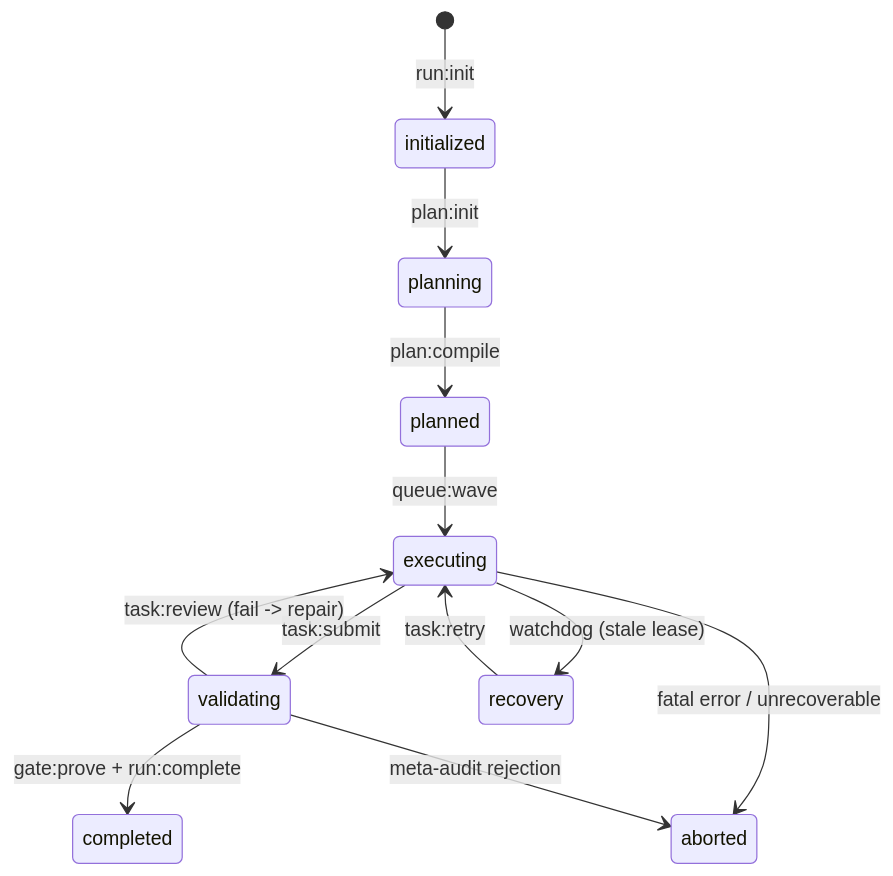
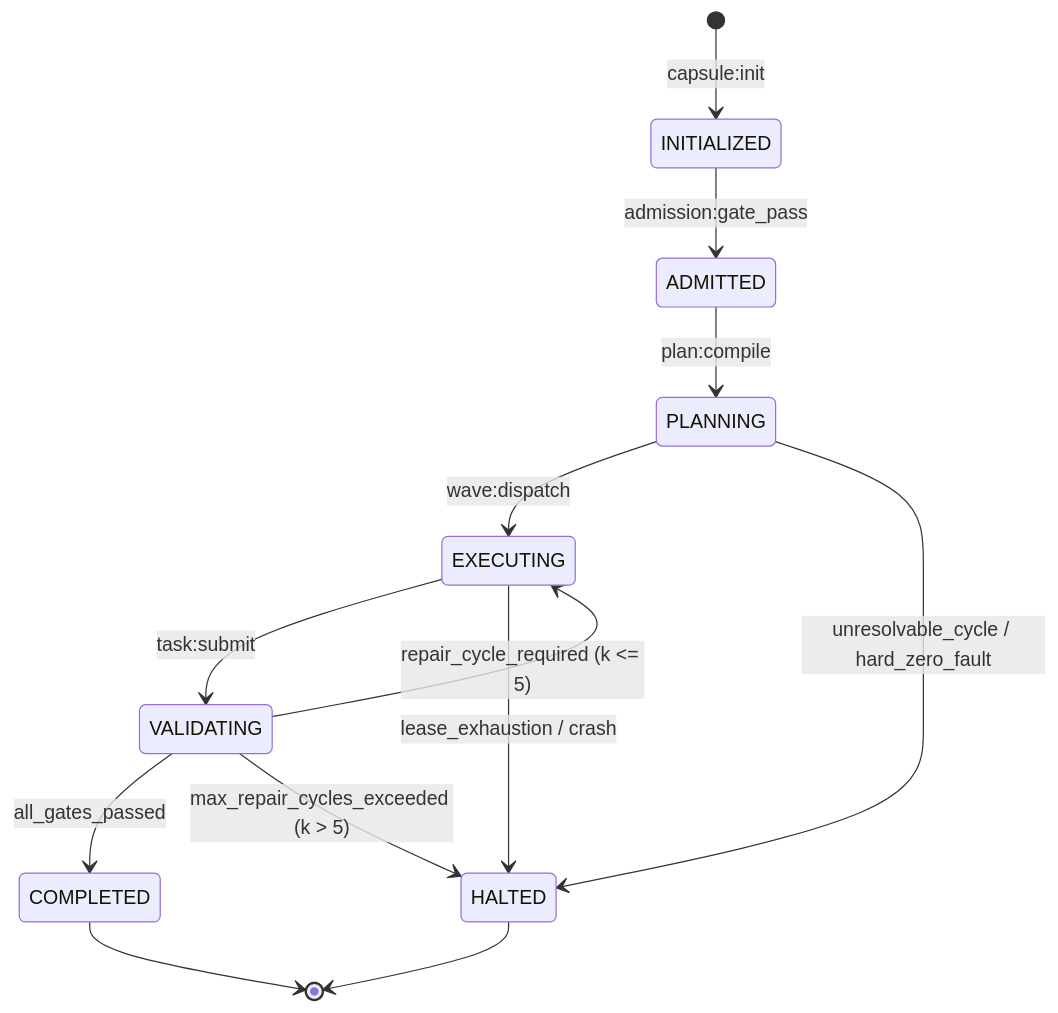
The first of 2 diagrams in docs/olt/architecture/01-foundations/01-03-deterministic-capsule-state-machine.md (onurseckin/skills), drawn with Mermaid before and after one commit. The commit also changed other lines of this file and 177 other files, not shown here.

````diff
--- a/docs/olt/architecture/01-foundations/01-03-deterministic-capsule-state-machine.md
+++ b/docs/olt/architecture/01-foundations/01-03-deterministic-capsule-state-machine.md
@@ -16,14 +48,17 @@
 ```mermaid
 stateDiagram-v2
-    [*] --> initialized: run:init
-    initialized --> planning: plan:init
-    planning --> planned: plan:compile
-    planned --> executing: queue:wave
-    executing --> validating: task:submit
-    validating --> executing: task:review (fail -> repair)
-    validating --> completed: gate:prove + run:complete
-    executing --> recovery: watchdog (stale lease)
-    recovery --> executing: task:retry
-    executing --> aborted: fatal error / unrecoverable
-    validating --> aborted: meta-audit rejection
+    [*] --> INITIALIZED: capsule:init
+    INITIALIZED --> ADMITTED: admission:gate_pass
+    ADMITTED --> PLANNING: plan:compile
+    PLANNING --> EXECUTING: wave:dispatch
+    EXECUTING --> VALIDATING: task:submit
+    VALIDATING --> EXECUTING: repair_cycle_required (k <= 5)
+    VALIDATING --> COMPLETED: all_gates_passed
+
+    PLANNING --> HALTED: unresolvable_cycle / hard_zero_fault
+    EXECUTING --> HALTED: lease_exhaustion / crash
+    VALIDATING --> HALTED: max_repair_cycles_exceeded (k > 5)
+
+    COMPLETED --> [*]
+    HALTED --> [*]
 ```
````
